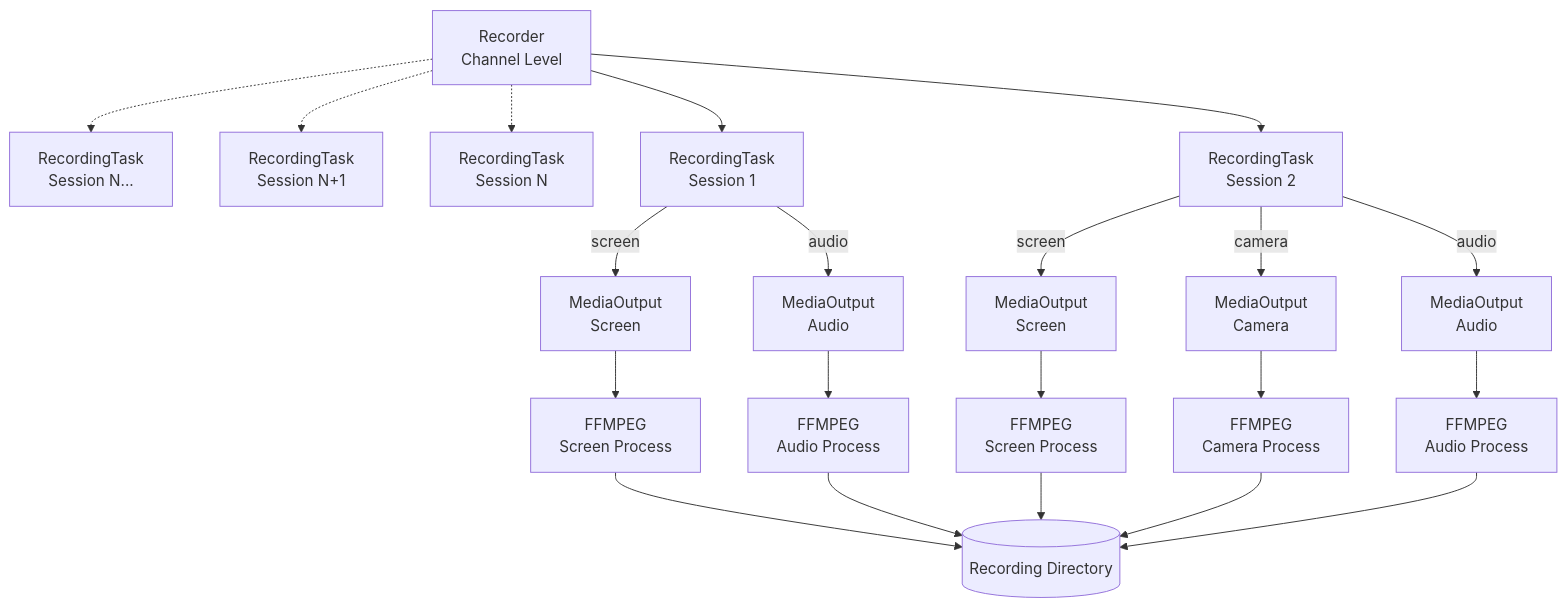
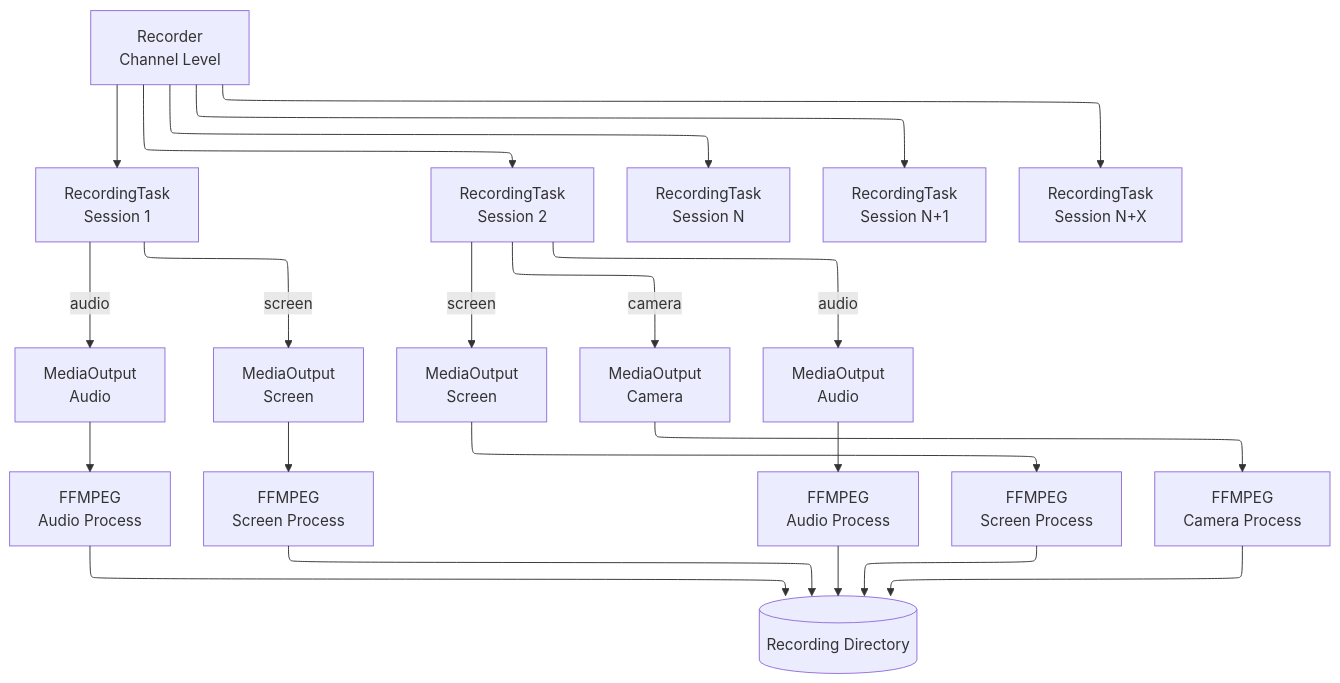
The diagram in src/models/recording/README.md (odoo/sfu), drawn with Mermaid before and after one commit. The commit also changed other lines of this file and 1 other file, not shown here.

````diff
--- a/src/models/recording/README.md
+++ b/src/models/recording/README.md
@@ -9,31 +9,25 @@
 ```mermaid
-graph TD
-    R -.-> RTN[RecordingTask <br/> Session N...]
-    R -.-> RTN1[RecordingTask <br/> Session N+1]
-    R -.-> RTN0[RecordingTask <br/> Session N]
-    R[Recorder <br/> Channel Level] --> RT1[RecordingTask <br/> Session 1]
-    R --> RT2[RecordingTask <br/> Session 2]
-
-    RT1 --> |audio| MOA1[MediaOutput <br/> Audio]
-    RT1 --> |screen| MOS1[MediaOutput <br/> Screen]
-    
-
-    RT2 --> |screen| MOS2[MediaOutput <br/> Screen]
-    RT2 --> |camera| MOC2[MediaOutput <br/> Camera]
-    RT2 --> |audio| MOA2[MediaOutput <br/> Audio]
-
-    MOA1 --> FFA1[FFMPEG <br/> Audio Process]
-    MOS1 --> FFS1[FFMPEG <br/> Screen Process]
-    
-
-    MOA2 --> FFA2[FFMPEG <br/> Audio Process]
-    MOS2 --> FFS2[FFMPEG <br/> Screen Process]
-    MOC2 --> FFC2[FFMPEG <br/> Camera Process]
-
-
-    FFS1 --> DIR[(Recording Directory)]
+---
+config:
+  layout: elk
+---
+flowchart TB
+   
+    R["Recorder <br> Channel Level"] --> RT1["RecordingTask <br> Session 1"] & RT2["RecordingTask <br> Session 2"]
+    R ---> RTN["RecordingTask <br> Session N"] & RTN1["RecordingTask <br> Session N+1"] & RTN0["RecordingTask <br> Session N+X"]
+    RT1 -- audio --> MOA1["MediaOutput <br> Audio"]
+    RT1 -- screen --> MOS1["MediaOutput <br> Screen"]
+    RT2 -- screen --> MOS2["MediaOutput <br> Screen"]
+    RT2 -- camera --> MOC2["MediaOutput <br> Camera"]
+    RT2 -- audio --> MOA2["MediaOutput <br> Audio"]
+    MOA1 --> FFA1["FFMPEG <br> Audio Process"]
+    MOS1 --> FFS1["FFMPEG <br> Screen Process"]
+    MOA2 --> FFA2["FFMPEG <br> Audio Process"]
+    MOS2 --> FFS2["FFMPEG <br> Screen Process"]
+    MOC2 --> FFC2["FFMPEG <br> Camera Process"]
+    FFS1 --> DIR[("Recording Directory")]
     FFA1 --> DIR
     FFS2 --> DIR
     FFC2 --> DIR
     FFA2 --> DIR
 ```
````
